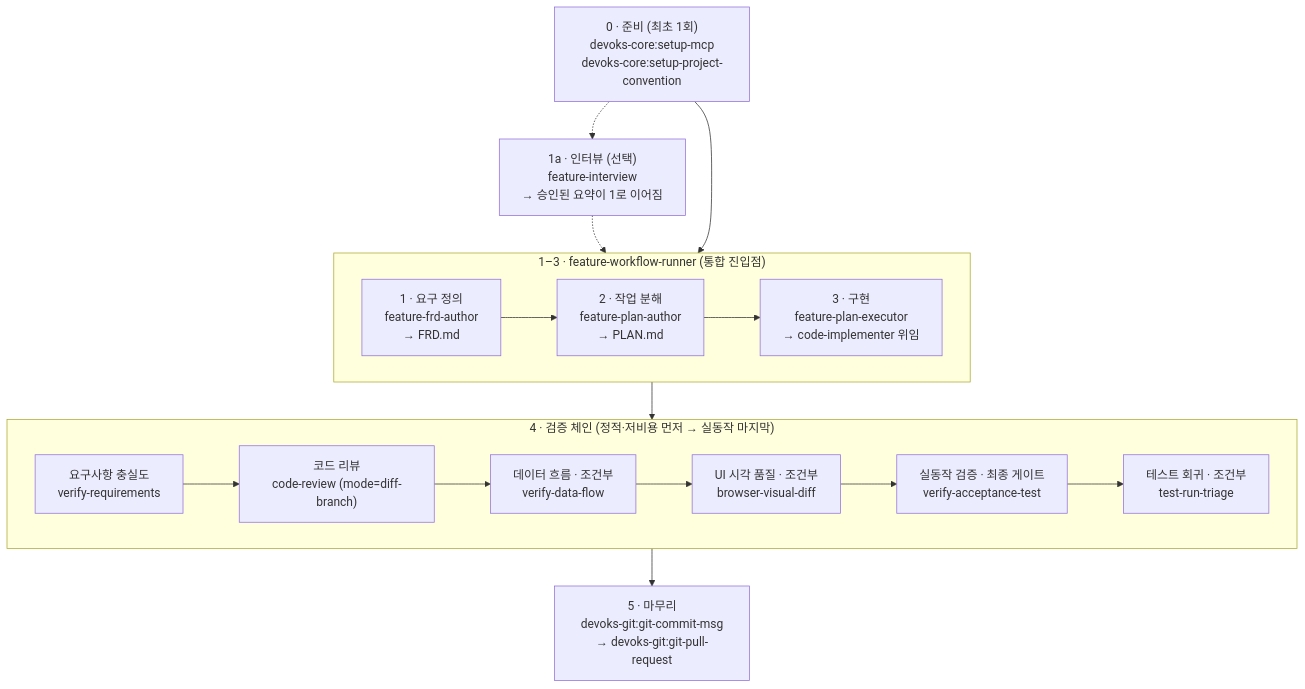
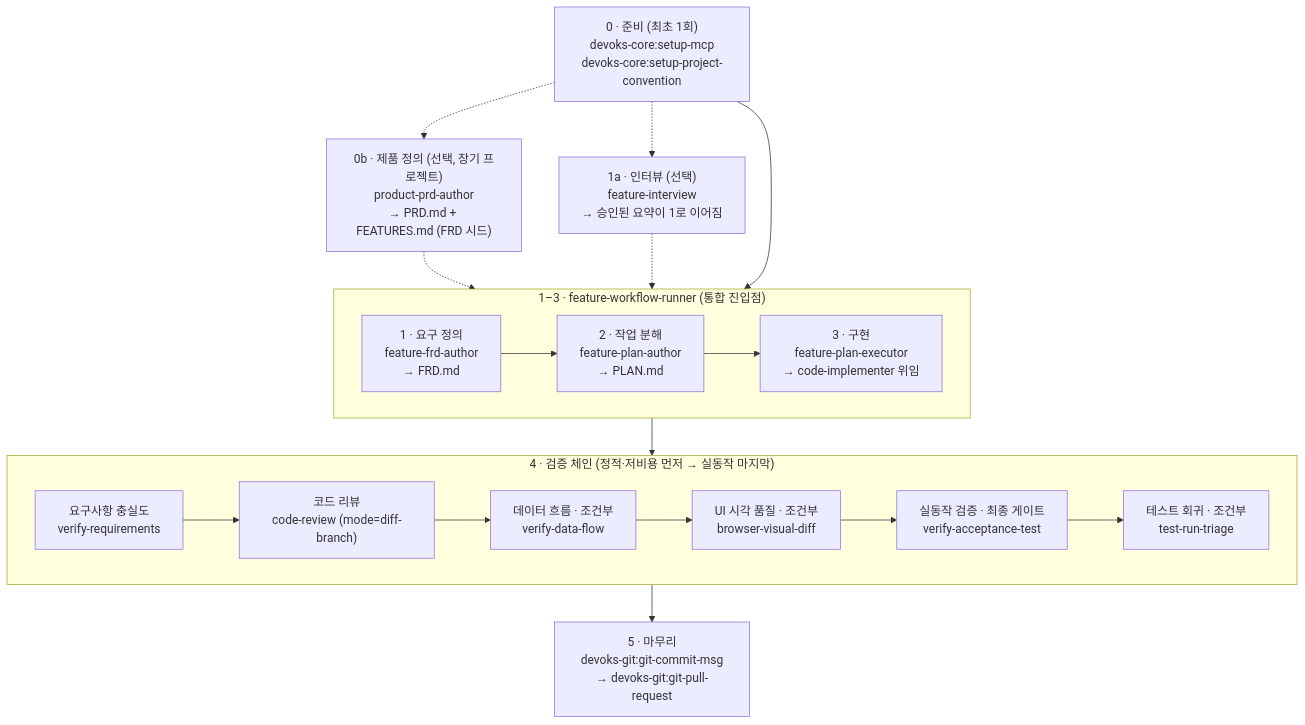
One commit to ridsync/devoks-team-harness changed the diagram in docs/README.ko.md. Above: the diagram before and after it, drawn with Mermaid. The commit also changed other lines of this file and 14 other files, not shown here.

First line of the commit message:
feat(devoks-sdlc): 장기 프로젝트용 PRD·기능 백로그 스킬 product-prd-author 신설

````diff
--- a/docs/README.ko.md
+++ b/docs/README.ko.md
@@ -108,33 +108,37 @@
 ```mermaid
 flowchart TD
     S["0 · 준비 (최초 1회)<br/>devoks-core:setup-mcp<br/>devoks-core:setup-project-convention"]
+
+    PRD["0b · 제품 정의 (선택, 장기 프로젝트)<br/>product-prd-author<br/>→ PRD.md + FEATURES.md (FRD 시드)"]
 
     D["1a · 인터뷰 (선택)<br/>feature-interview<br/>→ 승인된 요약이 1로 이어짐"]
 
     subgraph BUILD["1–3 · feature-workflow-runner (통합 진입점)"]
         direction LR
         F["1 · 요구 정의<br/>feature-frd-author<br/>→ FRD.md"]
         P["2 · 작업 분해<br/>feature-plan-author<br/>→ PLAN.md"]
         I["3 · 구현<br/>feature-plan-executor<br/>→ code-implementer 위임"]
         F --> P --> I
     end
 
     subgraph VERIFY["4 · 검증 체인 (정적·저비용 먼저 → 실동작 마지막)"]
         direction LR
         V1["요구사항 충실도<br/>verify-requirements"]
         V2["코드 리뷰<br/>code-review (mode=diff-branch)"]
         V3["데이터 흐름 · 조건부<br/>verify-data-flow"]
         V4["UI 시각 품질 · 조건부<br/>browser-visual-diff"]
         V5["실동작 검증 · 최종 게이트<br/>verify-acceptance-test"]
         V6["테스트 회귀 · 조건부<br/>test-run-triage"]
         V1 --> V2 --> V3 --> V4 --> V5 --> V6
     end
 
     C["5 · 마무리<br/>devoks-git:git-commit-msg<br/>→ devoks-git:git-pull-request"]
 
     S --> BUILD
+    S -.-> PRD
+    PRD -.-> F
     S -.-> D
     D -.-> F
     BUILD --> VERIFY
     VERIFY --> C
 ```
````
